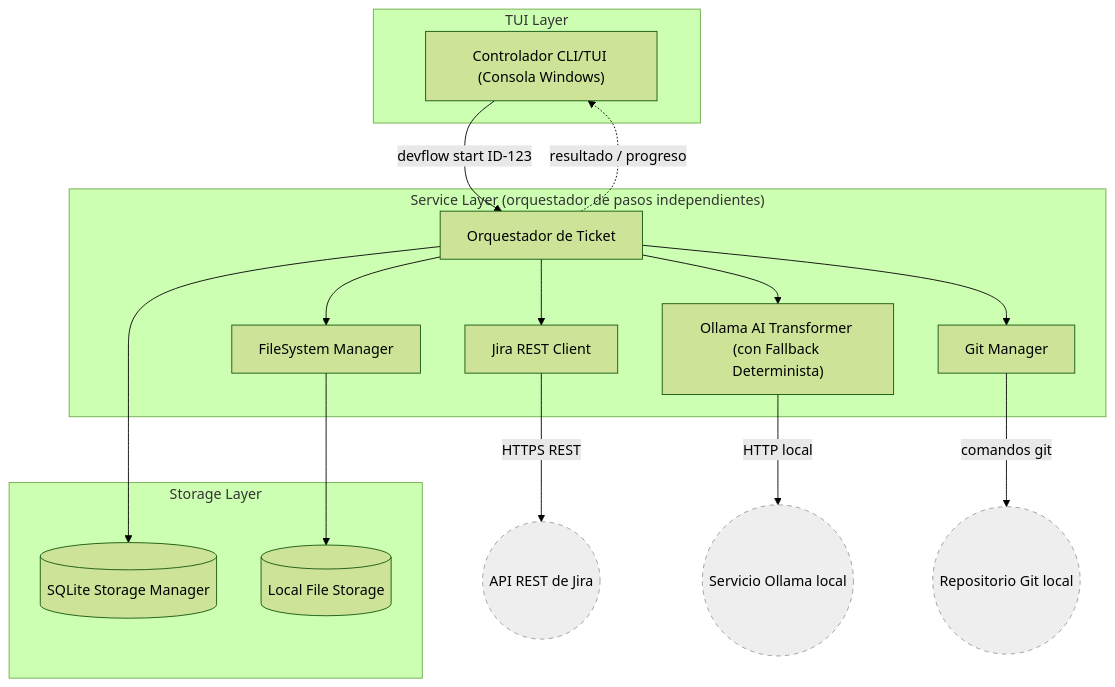
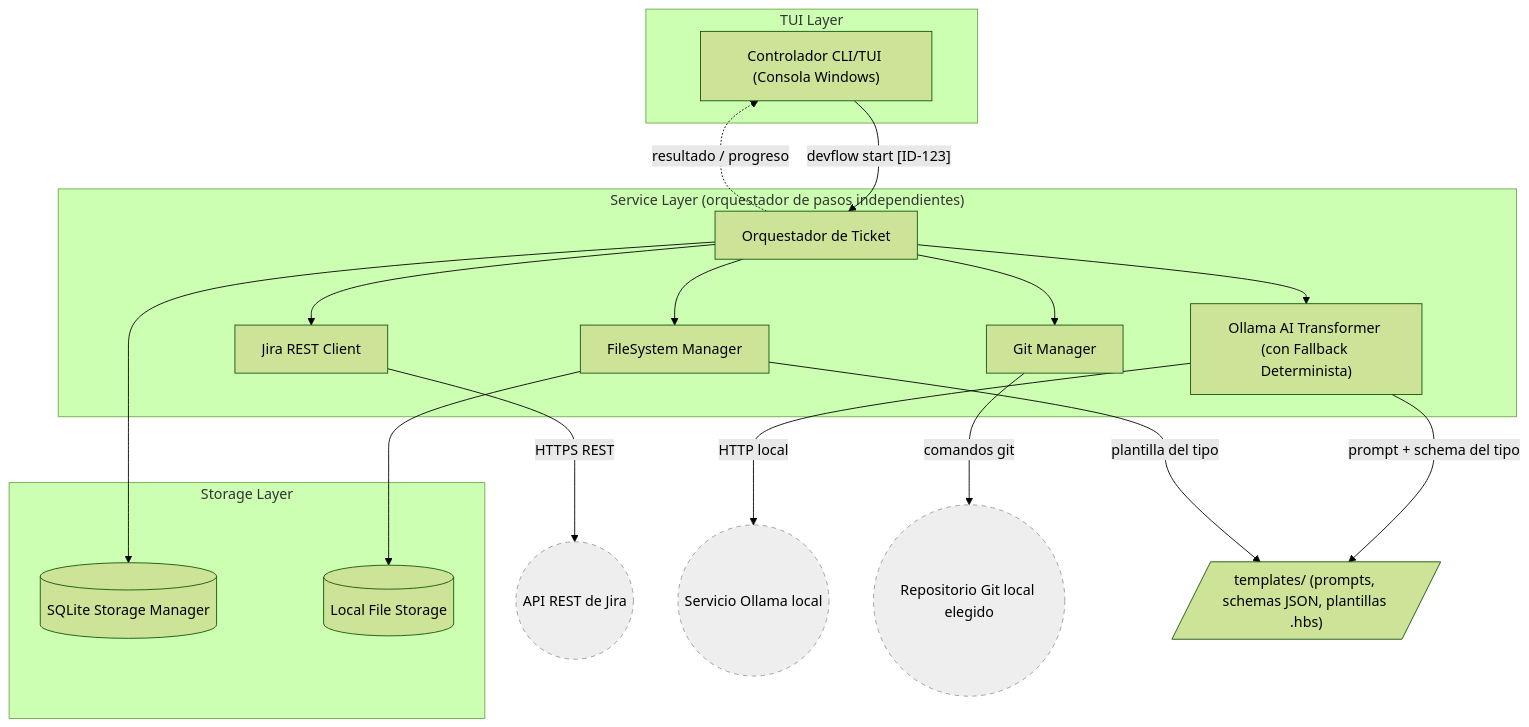
The first of 2 diagrams in docs/002-arquitectura-del-sistema.md (andrearocha-git/AI4Devs-finalproject), drawn with Mermaid (forest theme) before and after one commit. The commit also changed other lines of this file and 11 other files, not shown here.

````diff
--- a/docs/002-arquitectura-del-sistema.md
+++ b/docs/002-arquitectura-del-sistema.md
@@ -15,40 +15,43 @@
 ```mermaid
 graph TD
     subgraph TUI["TUI Layer"]
         CLI["Controlador CLI/TUI (Consola Windows)"]
     end
 
     subgraph SVC["Service Layer (orquestador de pasos independientes)"]
         ORCH["Orquestador de Ticket"]
         JIRA["Jira REST Client"]
         OLLAMA["Ollama AI Transformer (con Fallback Determinista)"]
         GITM["Git Manager"]
         FSM["FileSystem Manager"]
     end
 
     subgraph STG["Storage Layer"]
         SQLITE[("SQLite Storage Manager")]
         DISK[("Local File Storage")]
     end
 
     JiraAPI(("API REST de Jira")):::ext
     OllamaSvc(("Servicio Ollama local")):::ext
-    GitRepo(("Repositorio Git local")):::ext
+    GitRepo(("Repositorio Git local elegido")):::ext
+    TPL[/"templates/ (prompts, schemas JSON, plantillas .hbs)"/]
 
-    CLI -->|"devflow start ID-123"| ORCH
+    CLI -->|"devflow start [ID-123]"| ORCH
     ORCH --> JIRA
     ORCH --> GITM
     ORCH --> FSM
     ORCH --> OLLAMA
 
     JIRA -->|"HTTPS REST"| JiraAPI
     OLLAMA -->|"HTTP local"| OllamaSvc
     GITM -->|"comandos git"| GitRepo
     FSM --> DISK
+    OLLAMA -->|"prompt + schema del tipo"| TPL
+    FSM -->|"plantilla del tipo"| TPL
 
     ORCH --> SQLITE
 
     ORCH -.->|"resultado / progreso"| CLI
 
     classDef ext fill:#eee,stroke:#999,stroke-dasharray: 5 5;
 ```
````
